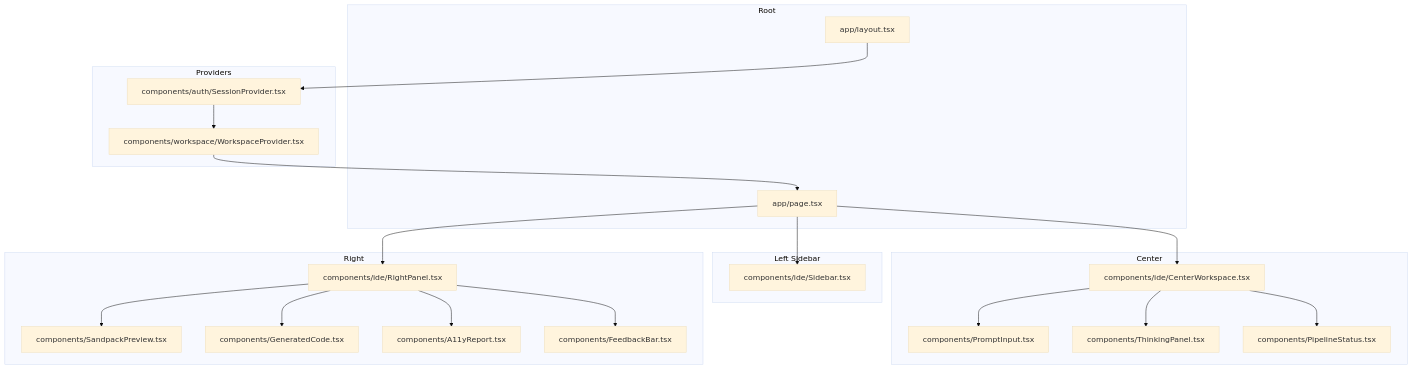
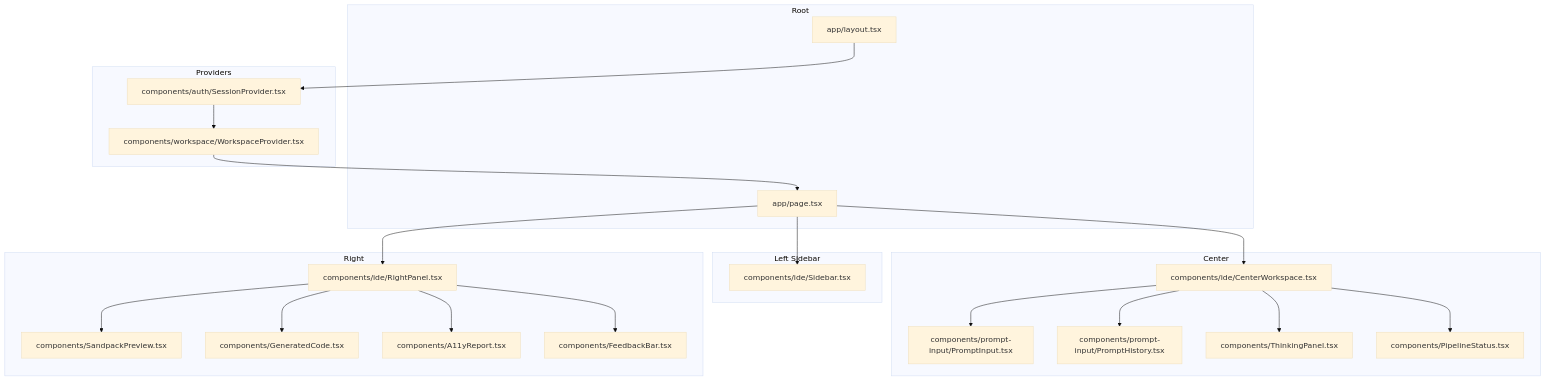
One commit to shekhargiri005-dotcom/AI-powered-accessibility-first-UI-engine changed the first of 10 diagrams in .qoder/repowiki/en/content/Architecture & Design/Layered Architecture/Presentation Layer.md. Above: the diagram before and after it, drawn with Mermaid (base theme). The commit also changed other lines of this file and 71 other files, not shown here.

````diff
--- a/.qoder/repowiki/en/content/Architecture & Design/Layered Architecture/Presentation Layer.md
+++ b/.qoder/repowiki/en/content/Architecture & Design/Layered Architecture/Presentation Layer.md
@@ -42,38 +56,40 @@
 ```mermaid
 graph TB
 subgraph "Root"
 L["app/layout.tsx"]
 P["app/page.tsx"]
 end
 subgraph "Providers"
 SP["components/auth/SessionProvider.tsx"]
 WP["components/workspace/WorkspaceProvider.tsx"]
 end
 subgraph "Left Sidebar"
 SB["components/ide/Sidebar.tsx"]
 end
 subgraph "Center"
 CW["components/ide/CenterWorkspace.tsx"]
-PI["components/PromptInput.tsx"]
+PI["components/prompt-input/PromptInput.tsx"]
+PH["components/prompt-input/PromptHistory.tsx"]
 TP["components/ThinkingPanel.tsx"]
 PS["components/PipelineStatus.tsx"]
 end
 subgraph "Right"
 RP["components/ide/RightPanel.tsx"]
 SPV["components/SandpackPreview.tsx"]
 GC["components/GeneratedCode.tsx"]
 AR["components/A11yReport.tsx"]
 FB["components/FeedbackBar.tsx"]
 end
 L --> SP --> WP --> P
 P --> SB
 P --> CW
 P --> RP
 CW --> PI
+CW --> PH
 CW --> TP
 CW --> PS
 RP --> SPV
 RP --> GC
 RP --> AR
 RP --> FB
 ```
````
